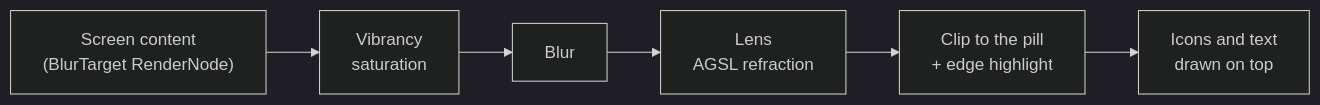
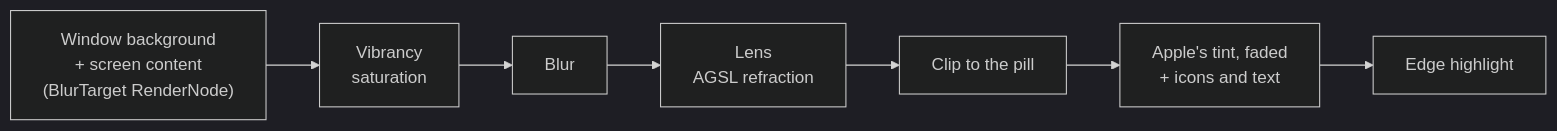
Before and after one commit to myvoow/LiquidMusic: the diagram in README.md, drawn with Mermaid (dark theme). The commit also changed other lines of this file and 17 other files, not shown here.

````diff
--- a/README.md
+++ b/README.md
@@ -107,8 +113,9 @@
 ```mermaid
 flowchart LR
-    A["Screen content<br/>(BlurTarget RenderNode)"] --> B["Vibrancy<br/>saturation"]
+    A["Window background<br/>+ screen content<br/>(BlurTarget RenderNode)"] --> B["Vibrancy<br/>saturation"]
     B --> C["Blur"]
     C --> D["Lens<br/>AGSL refraction"]
-    D --> E["Clip to the pill<br/>+ edge highlight"]
-    E --> F["Icons and text<br/>drawn on top"]
+    D --> E["Clip to the pill"]
+    E --> F["Apple's tint, faded<br/>+ icons and text"]
+    F --> G["Edge highlight"]
 ```
````
